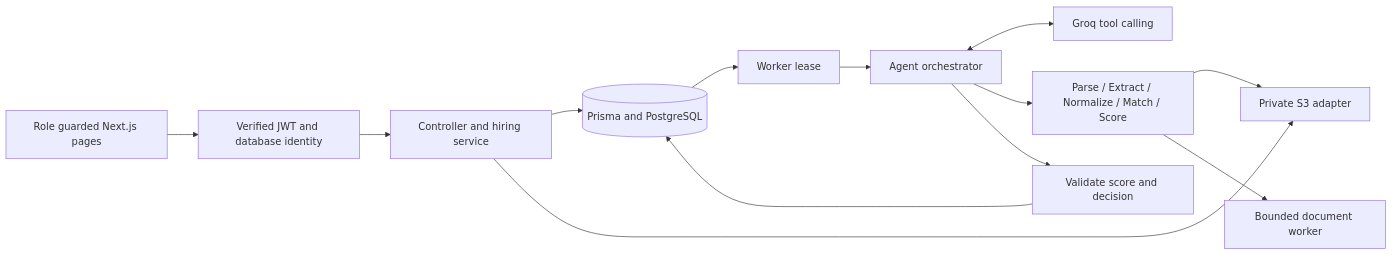
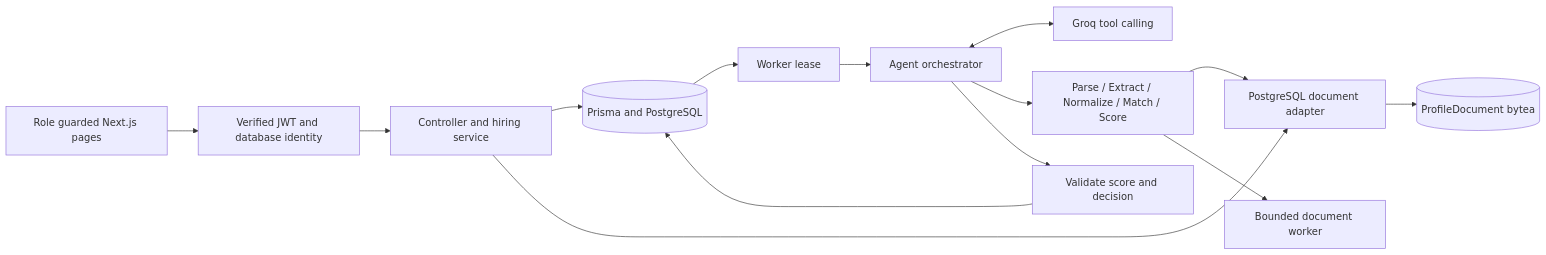
Before and after one commit to Harsh-DevOps117/zelosify-contract-hiring-module: the diagram in arch.md, drawn with Mermaid. The commit also changed other lines of this file and 47 other files, not shown here.

````diff
--- a/arch.md
+++ b/arch.md
@@ -34,15 +38,16 @@
 ```mermaid
 flowchart LR
   UI[Role guarded Next.js pages] --> Auth[Verified JWT and database identity]
   Auth --> API[Controller and hiring service]
   API --> DB[(Prisma and PostgreSQL)]
-  API --> Storage[Private S3 adapter]
+  API --> Storage[PostgreSQL document adapter]
+  Storage --> Blobs[(ProfileDocument bytea)]
   DB --> Claim[Worker lease]
   Claim --> Agent[Agent orchestrator]
   Agent <--> LLM[Groq tool calling]
   Agent --> Tools[Parse / Extract / Normalize / Match / Score]
   Tools --> Storage
   Tools --> Parser[Bounded document worker]
   Agent --> Policy[Validate score and decision]
   Policy --> DB
 ```
````
